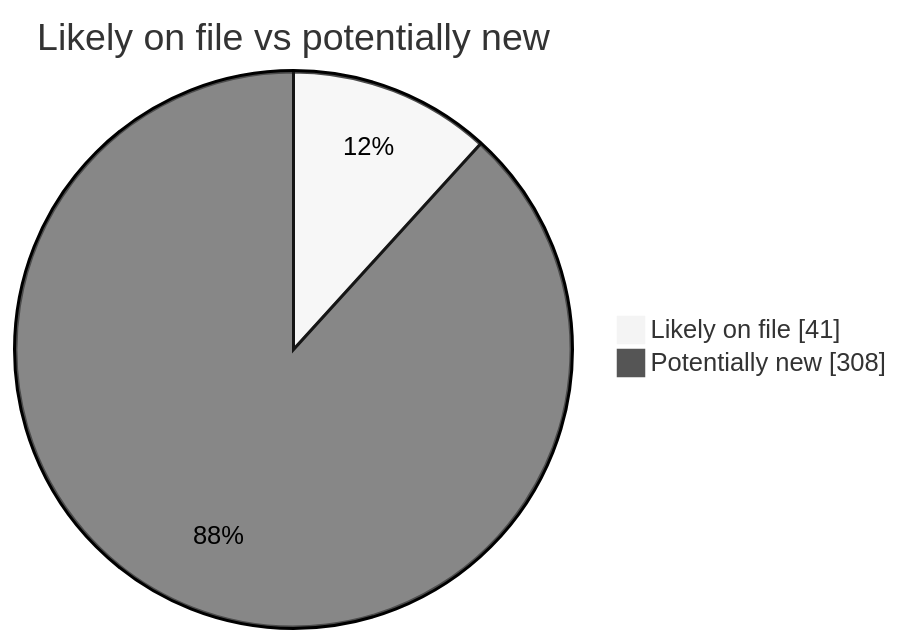
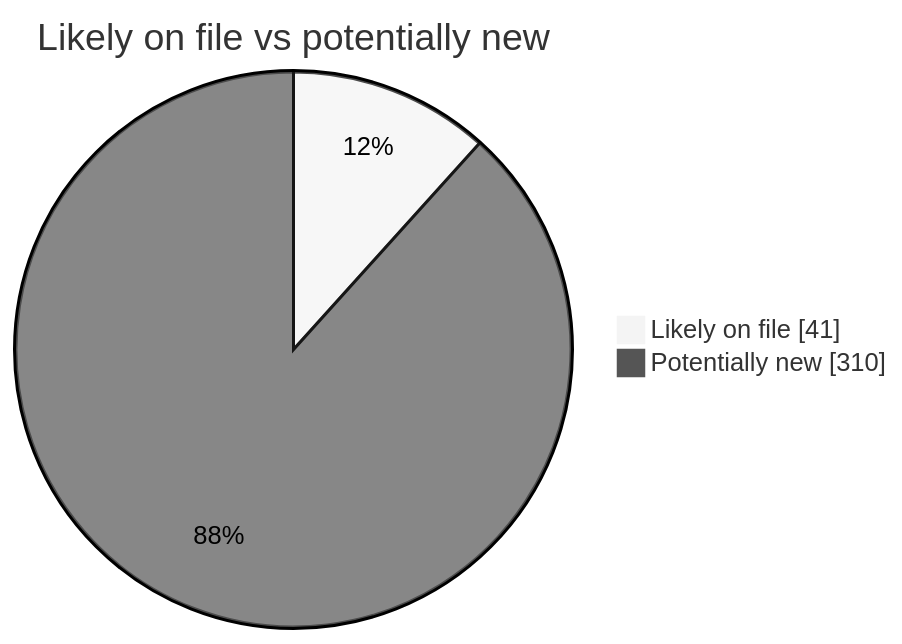
Before and after one commit to martinbalfanz/social-scanner-reports: the second of 4 diagrams in README.md, drawn with Mermaid (neutral theme). The commit also changed other lines of this file and 4 other files, not shown here.

````diff
--- a/README.md
+++ b/README.md
@@ -40,5 +40,5 @@
 ```mermaid
 pie showData title Likely on file vs potentially new
     "Likely on file" : 41
-    "Potentially new" : 308
+    "Potentially new" : 310
 ```
````
